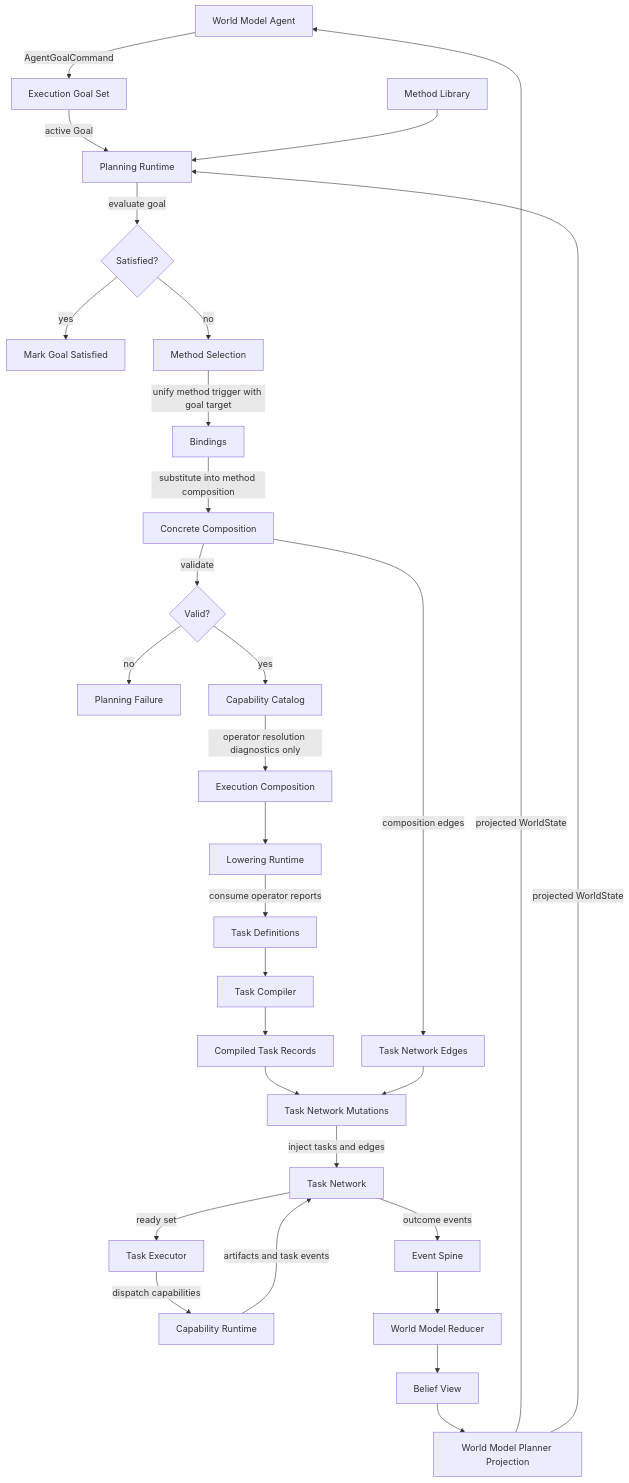
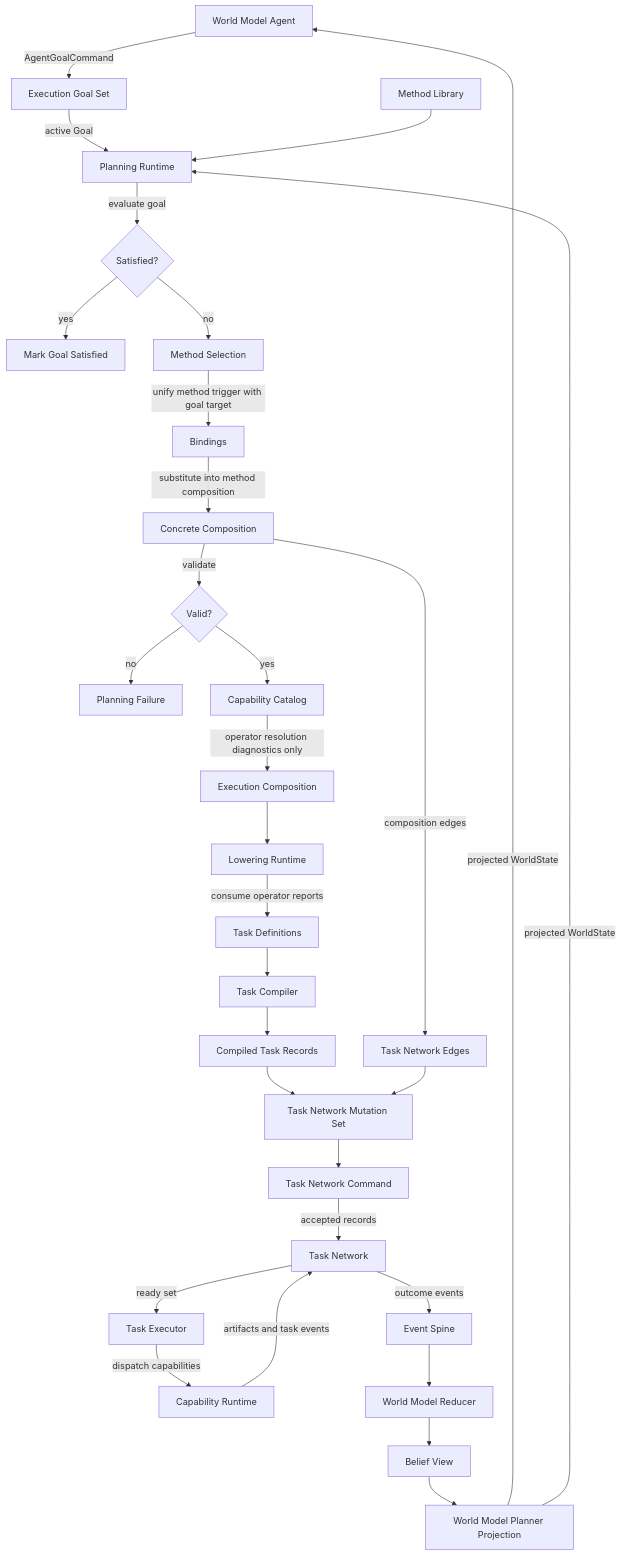
One commit to JerkyTreats/meld changed the diagram in design/plan/execution/planning/planning_flow.md. Above: the diagram before and after it, drawn with Mermaid. The commit also changed 95 other files, not shown here.

Commit message:
feat(execution): add task network store and lowering

````diff
--- a/design/plan/execution/planning/planning_flow.md
+++ b/design/plan/execution/planning/planning_flow.md
@@ -2,41 +2,42 @@
 ```mermaid
 flowchart TD
     AG[World Model Agent] -->|AgentGoalCommand| GS[Execution Goal Set]
     GS -->|active Goal| PL[Planning Runtime]
 
     BV[Belief View] --> WMP[World Model Planner Projection]
     WMP -->|projected WorldState| AG
     WMP -->|projected WorldState| PL
     ML[Method Library] --> PL
 
     PL -->|evaluate goal| EV{Satisfied?}
     EV -->|yes| SAT[Mark Goal Satisfied]
     EV -->|no| MS[Method Selection]
 
     MS -->|unify method trigger with goal target| B[Bindings]
     B -->|substitute into method composition| C[Concrete Composition]
     C -->|validate| VC{Valid?}
 
     VC -->|no| FAIL[Planning Failure]
     VC -->|yes| CC[Capability Catalog]
     CC -->|operator resolution diagnostics only| CV[Execution Composition]
 
     CV --> LR[Lowering Runtime]
     LR -->|consume operator reports| TD[Task Definitions]
 
     TD --> TC[Task Compiler]
     TC --> CTR[Compiled Task Records]
 
     C -->|composition edges| TNE[Task Network Edges]
-    CTR --> TNM[Task Network Mutations]
+    CTR --> TNM[Task Network Mutation Set]
     TNE --> TNM
 
-    TNM -->|inject tasks and edges| TN[Task Network]
+    TNM --> TNC[Task Network Command]
+    TNC -->|accepted records| TN[Task Network]
     TN -->|ready set| TE[Task Executor]
     TE -->|dispatch capabilities| CAP[Capability Runtime]
     CAP -->|artifacts and task events| TN
     TN -->|outcome events| SP[Event Spine]
     SP --> WMR[World Model Reducer]
     WMR --> BV
 
 ```
````
